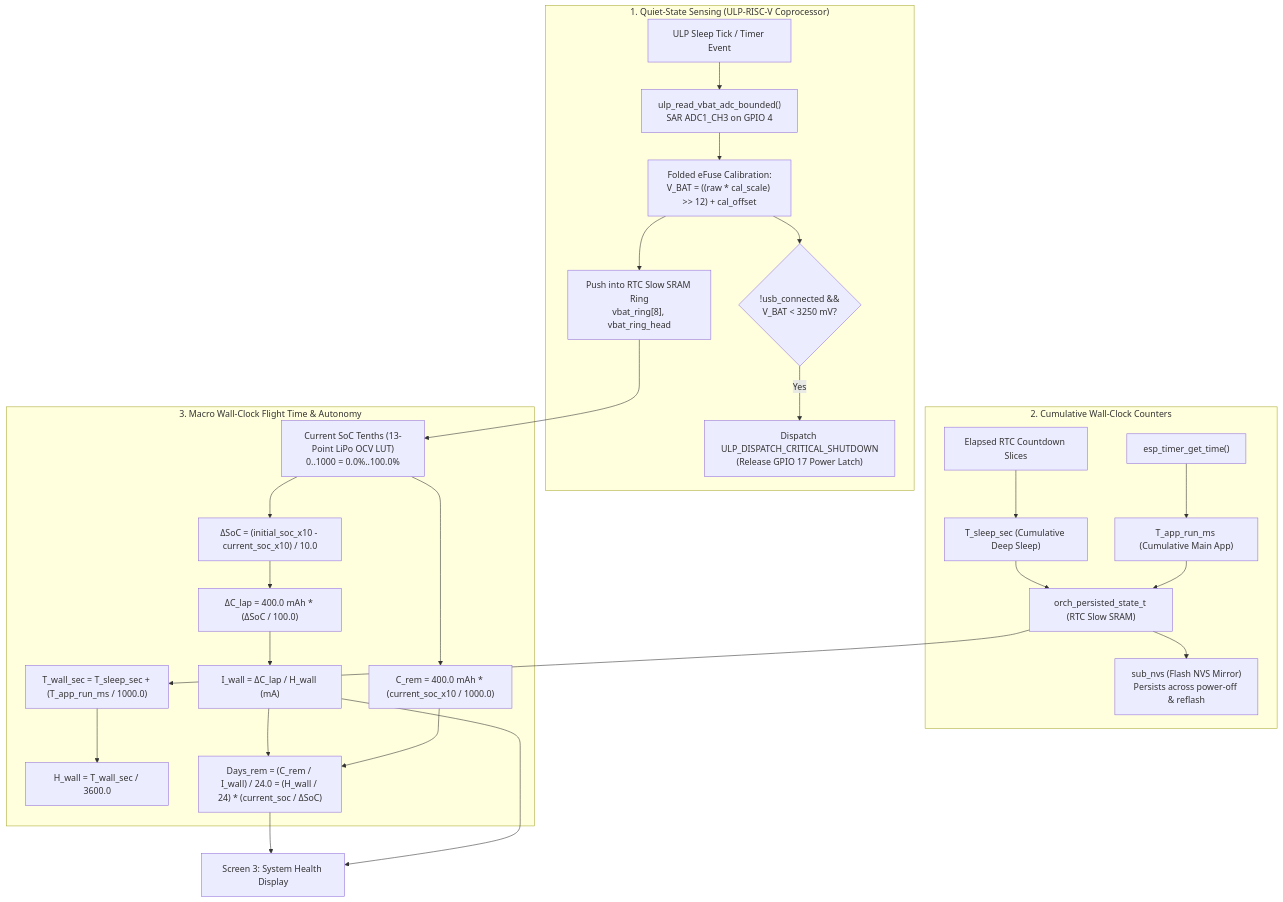
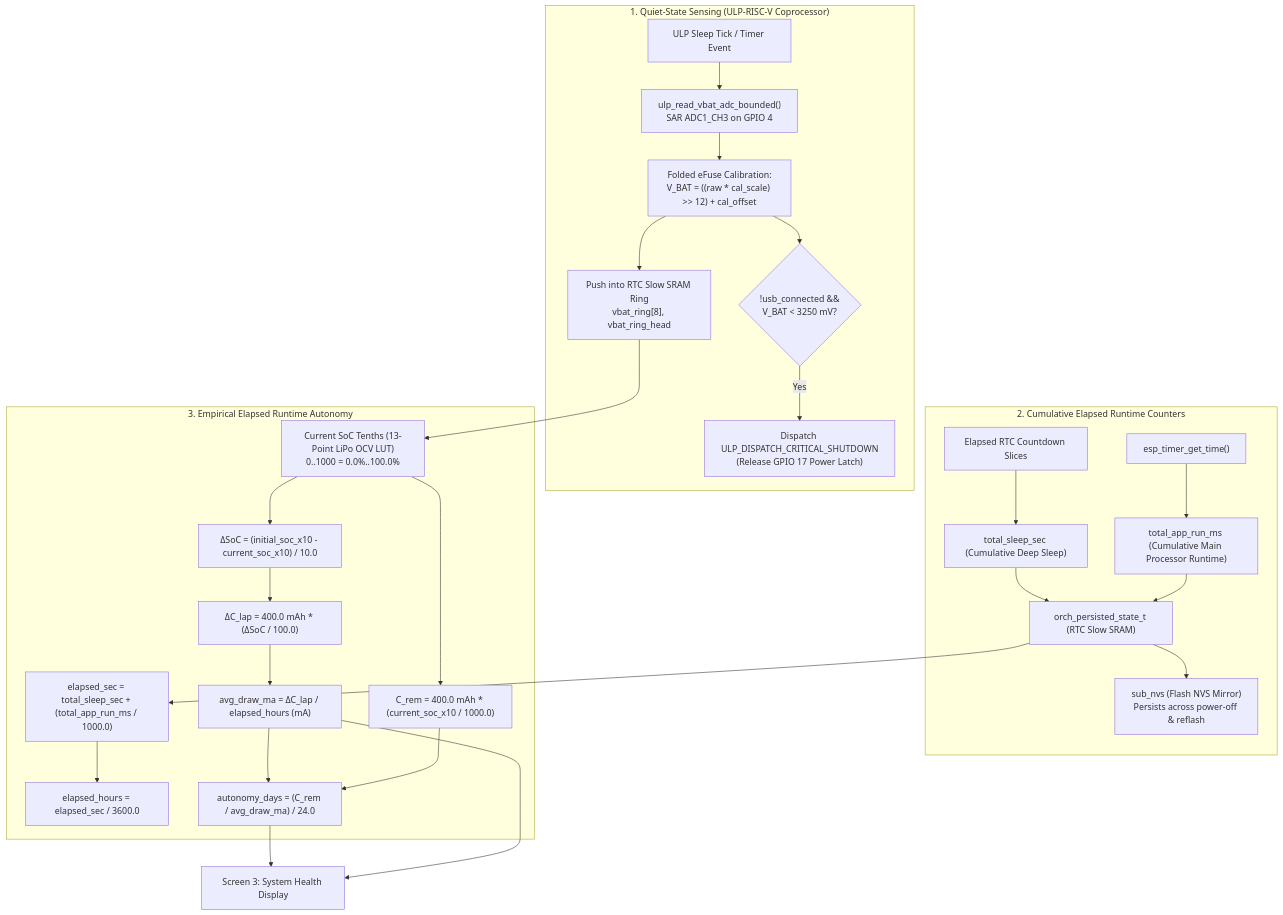
One commit to Humidyne-Labs/H1OS changed the diagram in docs/architecture/A8_battery_and_power_management.md. Above: the diagram before and after it, drawn with Mermaid. The commit also changed other lines of this file and 39 other files, not shown here.

````diff
--- a/docs/architecture/A8_battery_and_power_management.md
+++ b/docs/architecture/A8_battery_and_power_management.md
@@ -22,37 +22,36 @@
 ```mermaid
 flowchart TD
     subgraph SENSING ["1. Quiet-State Sensing (ULP-RISC-V Coprocessor)"]
         WAKE["ULP Sleep Tick / Timer Event"] --> READ["ulp_read_vbat_adc_bounded()<br/>SAR ADC1_CH3 on GPIO 4"]
         READ --> CAL["Folded eFuse Calibration:<br/>V_BAT = ((raw * cal_scale) >> 12) + cal_offset"]
         CAL --> RING["Push into RTC Slow SRAM Ring<br/>vbat_ring[8], vbat_ring_head"]
         CAL --> BROWNOUT{"!usb_connected &&<br/>V_BAT < 3250 mV?"}
         BROWNOUT -->|Yes| CUT["Dispatch ULP_DISPATCH_CRITICAL_SHUTDOWN<br/>(Release GPIO 17 Power Latch)"]
     end
 
-    subgraph RUNTIMES ["2. Cumulative Wall-Clock Counters"]
-        RTC_T["Elapsed RTC Countdown Slices"] --> T_SLEEP["T_sleep_sec (Cumulative Deep Sleep)"]
-        APP_TIMER["esp_timer_get_time()"] --> T_APP["T_app_run_ms (Cumulative Main App)"]
+    subgraph RUNTIMES ["2. Cumulative Elapsed Runtime Counters"]
+        RTC_T["Elapsed RTC Countdown Slices"] --> T_SLEEP["total_sleep_sec (Cumulative Deep Sleep)"]
+        APP_TIMER["esp_timer_get_time()"] --> T_APP["total_app_run_ms (Cumulative Main Processor Runtime)"]
         
         T_SLEEP --> SRAM["orch_persisted_state_t (RTC Slow SRAM)"]
         T_APP --> SRAM
         SRAM --> NVS["sub_nvs (Flash NVS Mirror)<br/>Persists across power-off & reflash"]
     end
 
-    subgraph AUTONOMY ["3. Macro Wall-Clock Flight Time & Autonomy"]
-        SRAM --> TWALL["T_wall_sec = T_sleep_sec + (T_app_run_ms / 1000.0)"]
-        TWALL --> HWALL["H_wall = T_wall_sec / 3600.0"]
+    subgraph AUTONOMY ["3. Empirical Elapsed Runtime Autonomy"]
+        SRAM --> TELAPSED["elapsed_sec = total_sleep_sec + (total_app_run_ms / 1000.0)"]
+        TELAPSED --> HELAPSED["elapsed_hours = elapsed_sec / 3600.0"]
         
         RING --> SOC["Current SoC Tenths (13-Point LiPo OCV LUT)<br/>0..1000 = 0.0%..100.0%"]
         SOC --> DELTA_SOC["ΔSoC = (initial_soc_x10 - current_soc_x10) / 10.0"]
         DELTA_SOC --> CLAP["ΔC_lap = 400.0 mAh * (ΔSoC / 100.0)"]
         
-        CLAP --> IWALL["I_wall = ΔC_lap / H_wall (mA)"]
+        CLAP --> IAVG["avg_draw_ma = ΔC_lap / elapsed_hours (mA)"]
         SOC --> CREM["C_rem = 400.0 mAh * (current_soc_x10 / 1000.0)"]
-        IWALL --> DAYS["Days_rem = (C_rem / I_wall) / 24.0 = (H_wall / 24) * (current_soc / ΔSoC)"]
+        IAVG --> DAYS["autonomy_days = (C_rem / avg_draw_ma) / 24.0"]
         CREM --> DAYS
     end
 
     DAYS --> S3["Screen 3: System Health Display"]
-    IWALL --> S3
-
+    IAVG --> S3
 ```
````
